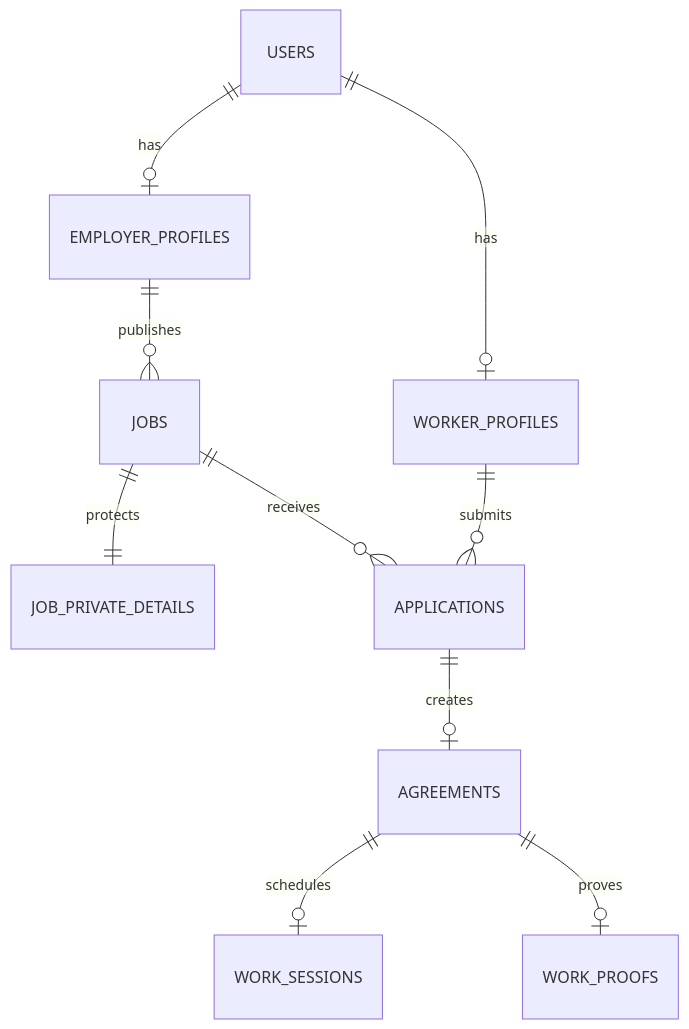
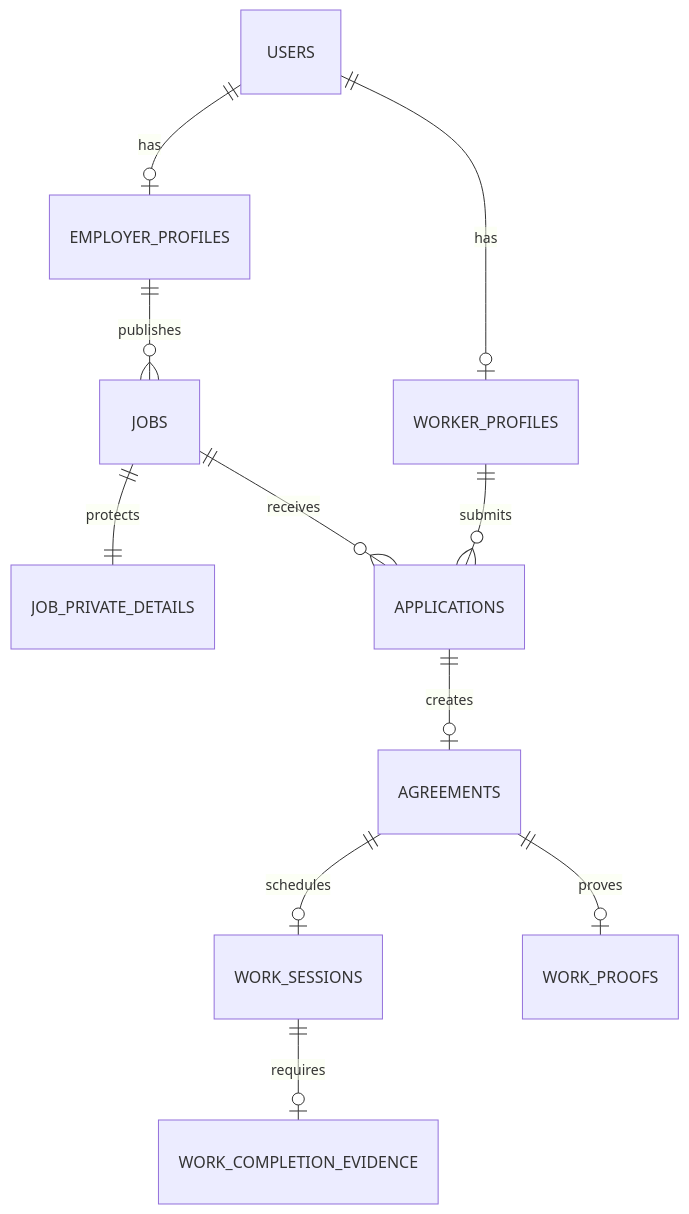
One commit to umarhyl/rintara changed the first of 2 diagrams in docs/engineering/DATABASE.md. Above: the diagram before and after it, drawn with Mermaid. The commit also changed other lines of this file and 40 other files, not shown here.

````diff
--- a/docs/engineering/DATABASE.md
+++ b/docs/engineering/DATABASE.md
@@ -23,12 +23,13 @@
 ```mermaid
 erDiagram
     USERS ||--o| WORKER_PROFILES : has
     USERS ||--o| EMPLOYER_PROFILES : has
     EMPLOYER_PROFILES ||--o{ JOBS : publishes
     JOBS ||--|| JOB_PRIVATE_DETAILS : protects
     WORKER_PROFILES ||--o{ APPLICATIONS : submits
     JOBS ||--o{ APPLICATIONS : receives
     APPLICATIONS ||--o| AGREEMENTS : creates
     AGREEMENTS ||--o| WORK_SESSIONS : schedules
+    WORK_SESSIONS ||--o| WORK_COMPLETION_EVIDENCE : requires
     AGREEMENTS ||--o| WORK_PROOFS : proves
 ```
````
